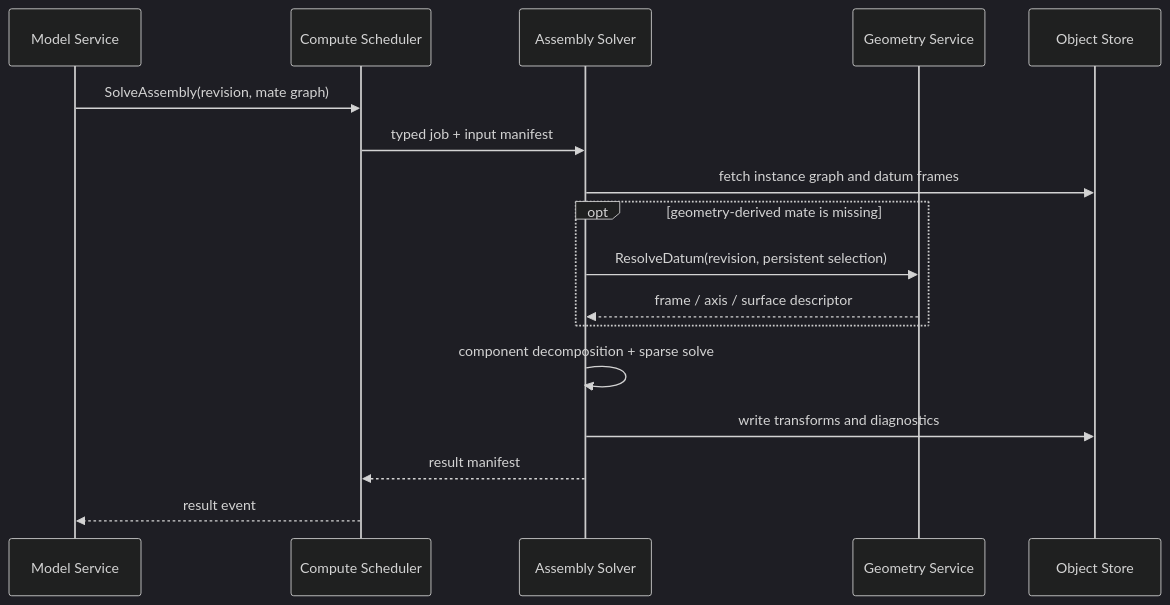
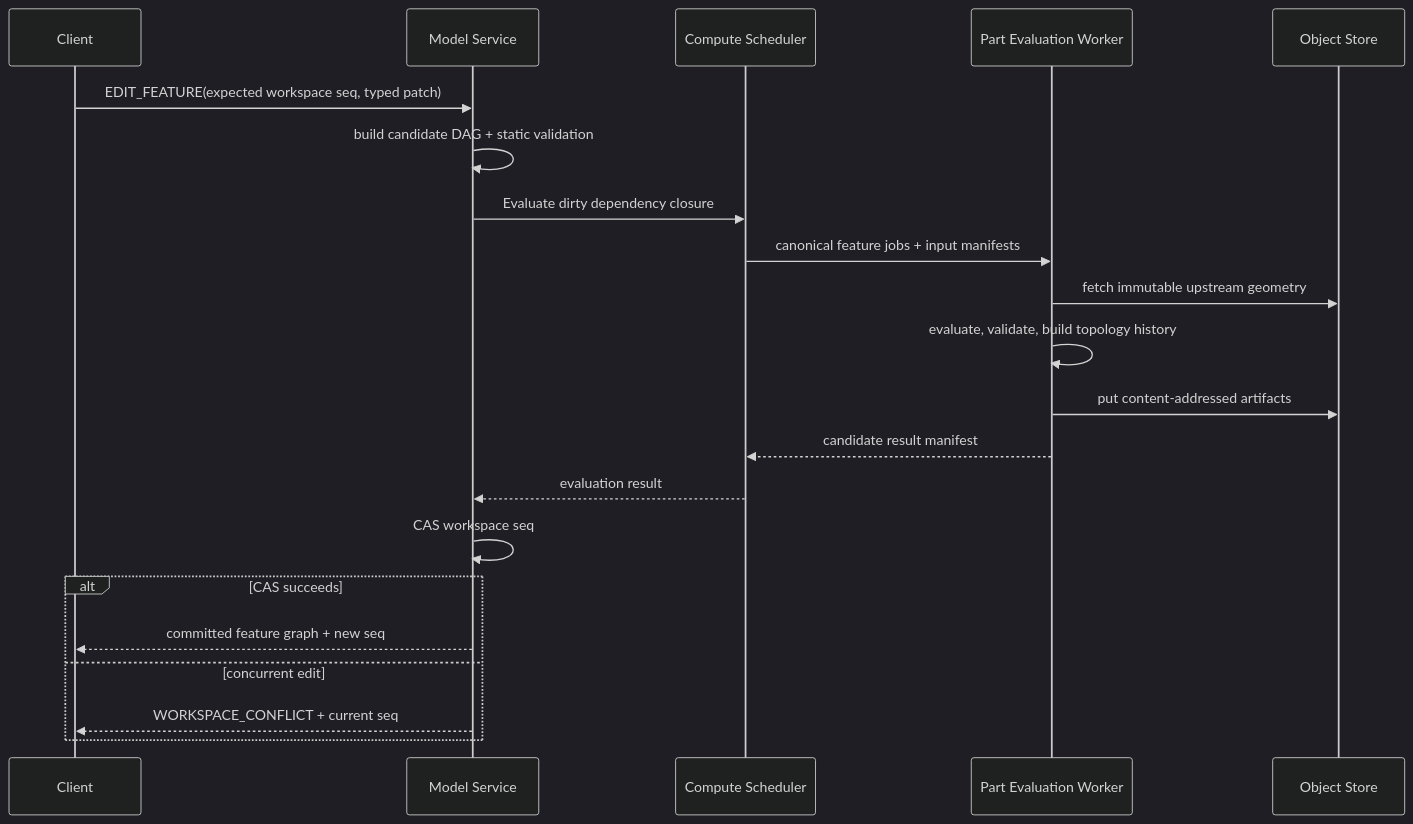
One commit to cossoledad/occccad changed diagram 27 of 49 in docs/TARGET_ARCHITECTURE.md. Above: the diagram before and after it, drawn with Mermaid (dark theme). The commit also changed other lines of this file and 2 other files, not shown here.

````diff
--- a/docs/TARGET_ARCHITECTURE.md
+++ b/docs/TARGET_ARCHITECTURE.md
@@ -228,20 +2705,24 @@
 ```mermaid
 sequenceDiagram
+    participant C as Client
     participant M as Model Service
     participant S as Compute Scheduler
-    participant A as Assembly Solver
-    participant G as Geometry Service
+    participant W as Part Evaluation Worker
     participant O as Object Store
 
-    M->>S: SolveAssembly(revision, mate graph)
-    S->>A: typed job + input manifest
-    A->>O: fetch instance graph and datum frames
-    opt geometry-derived mate is missing
-        A->>G: ResolveDatum(revision, persistent selection)
-        G-->>A: frame / axis / surface descriptor
+    C->>M: EDIT_FEATURE(expected workspace seq, typed patch)
+    M->>M: build candidate DAG + static validation
+    M->>S: Evaluate dirty dependency closure
+    S->>W: canonical feature jobs + input manifests
+    W->>O: fetch immutable upstream geometry
+    W->>W: evaluate, validate, build topology history
+    W->>O: put content-addressed artifacts
+    W-->>S: candidate result manifest
+    S-->>M: evaluation result
+    M->>M: CAS workspace seq
+    alt CAS succeeds
+        M-->>C: committed feature graph + new seq
+    else concurrent edit
+        M-->>C: WORKSPACE_CONFLICT + current seq
     end
-    A->>A: component decomposition + sparse solve
-    A->>O: write transforms and diagnostics
-    A-->>S: result manifest
-    S-->>M: result event
 ```
````
